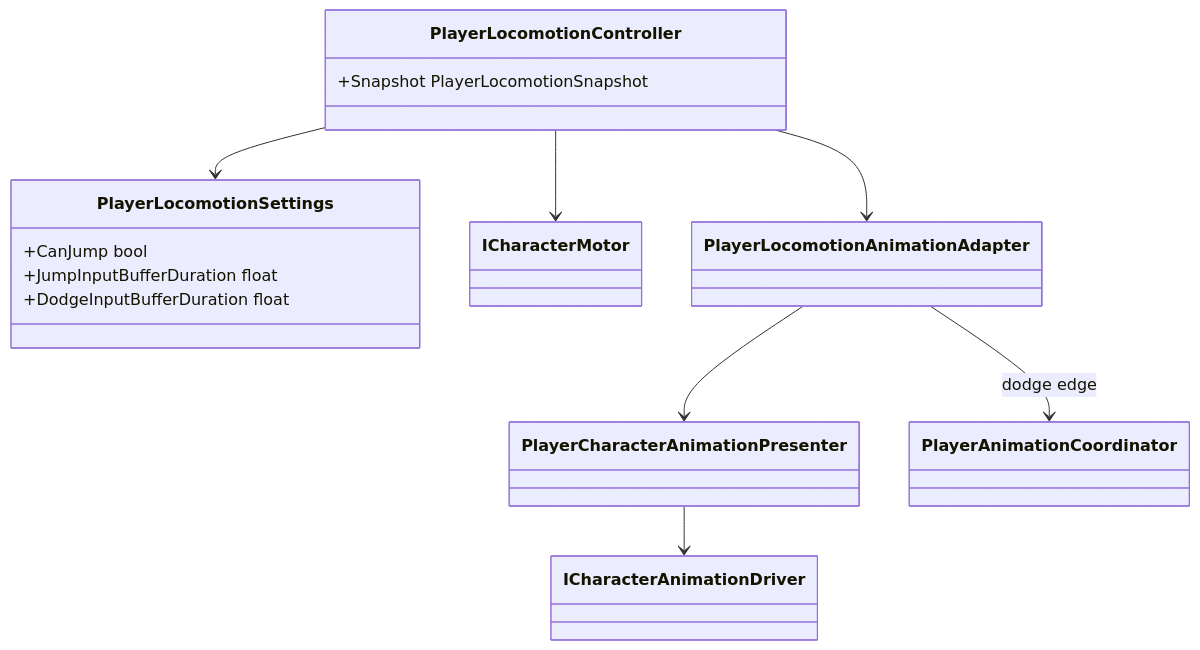
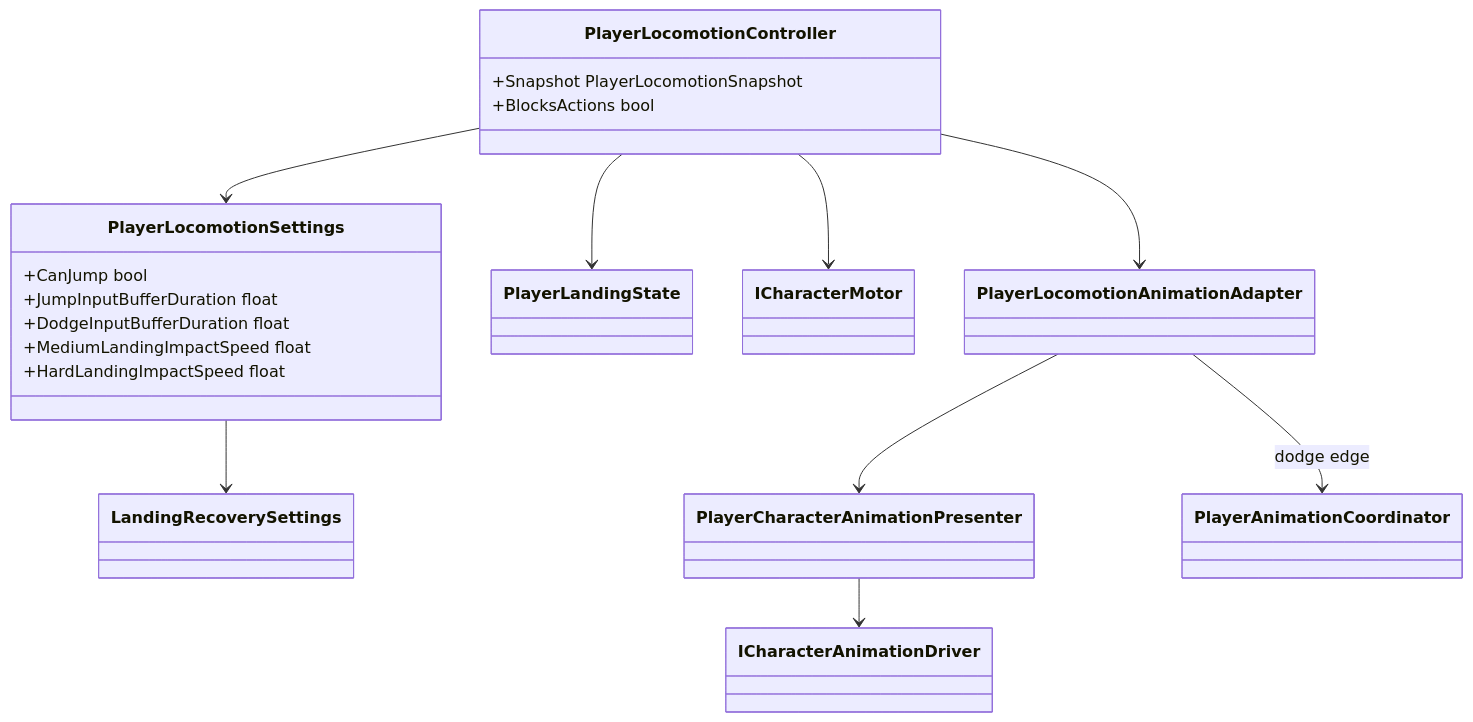
Before and after one commit to MaximFonariuc/project-s: the diagram in Assets/_App/Core/Runtime/Character/Locomotion/README.md, drawn with Mermaid. The commit also changed other lines of this file and 18 other files, not shown here.

Commit message:
feat(locomotion): add impact-based landing recovery

````diff
--- a/Assets/_App/Core/Runtime/Character/Locomotion/README.md
+++ b/Assets/_App/Core/Runtime/Character/Locomotion/README.md
@@ -6,23 +6,30 @@
 ```mermaid
 classDiagram
     class PlayerLocomotionController {
         +Snapshot PlayerLocomotionSnapshot
+        +BlocksActions bool
     }
     class PlayerLocomotionSettings {
         +CanJump bool
         +JumpInputBufferDuration float
         +DodgeInputBufferDuration float
+        +MediumLandingImpactSpeed float
+        +HardLandingImpactSpeed float
     }
+    class LandingRecoverySettings
+    class PlayerLandingState
     class ICharacterMotor
     class PlayerLocomotionAnimationAdapter
     class PlayerCharacterAnimationPresenter
     class PlayerAnimationCoordinator
     class ICharacterAnimationDriver
 
     PlayerLocomotionController --> ICharacterMotor
     PlayerLocomotionController --> PlayerLocomotionSettings
+    PlayerLocomotionSettings --> LandingRecoverySettings
+    PlayerLocomotionController --> PlayerLandingState
     PlayerLocomotionController --> PlayerLocomotionAnimationAdapter
     PlayerLocomotionAnimationAdapter --> PlayerCharacterAnimationPresenter
     PlayerLocomotionAnimationAdapter --> PlayerAnimationCoordinator : dodge edge
     PlayerCharacterAnimationPresenter --> ICharacterAnimationDriver
 ```
````
